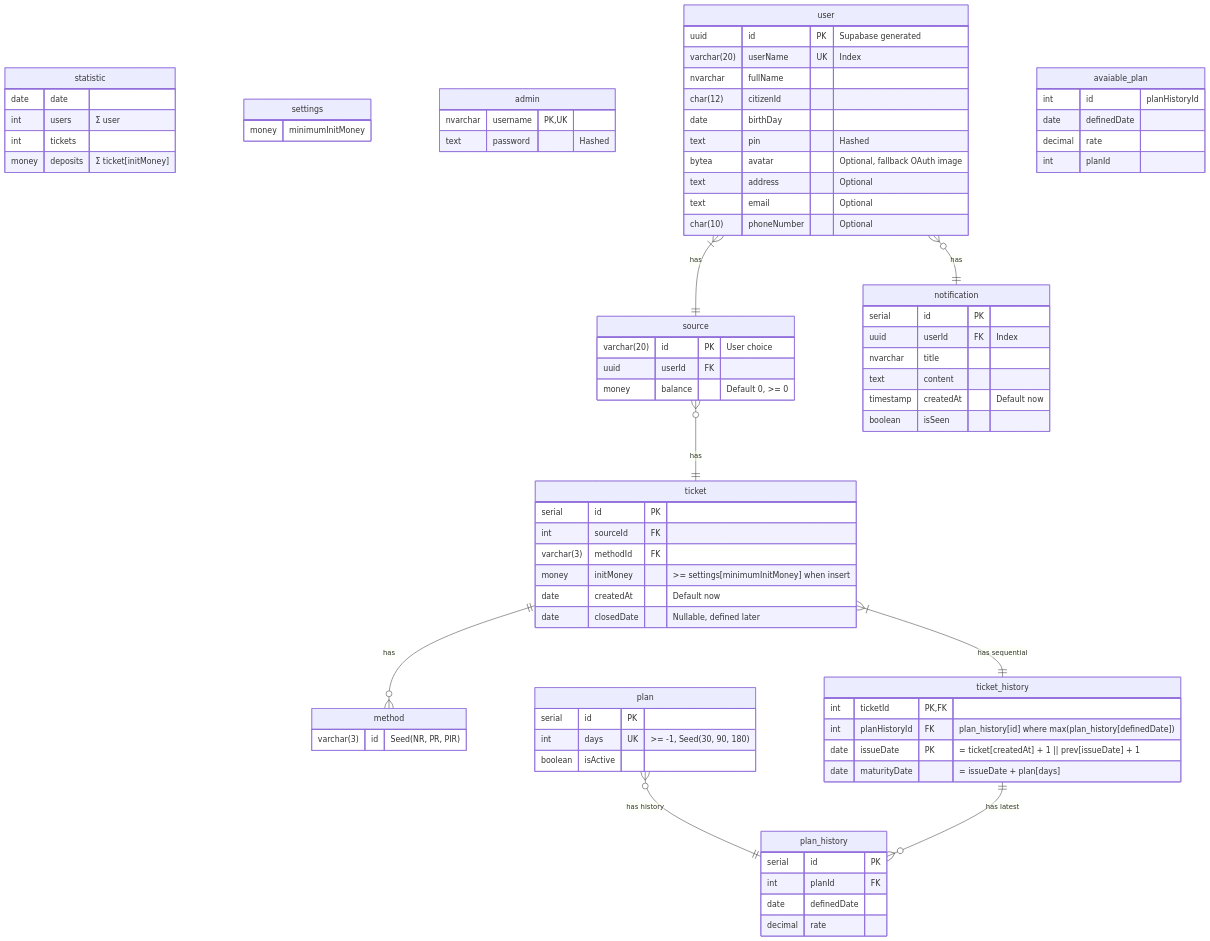
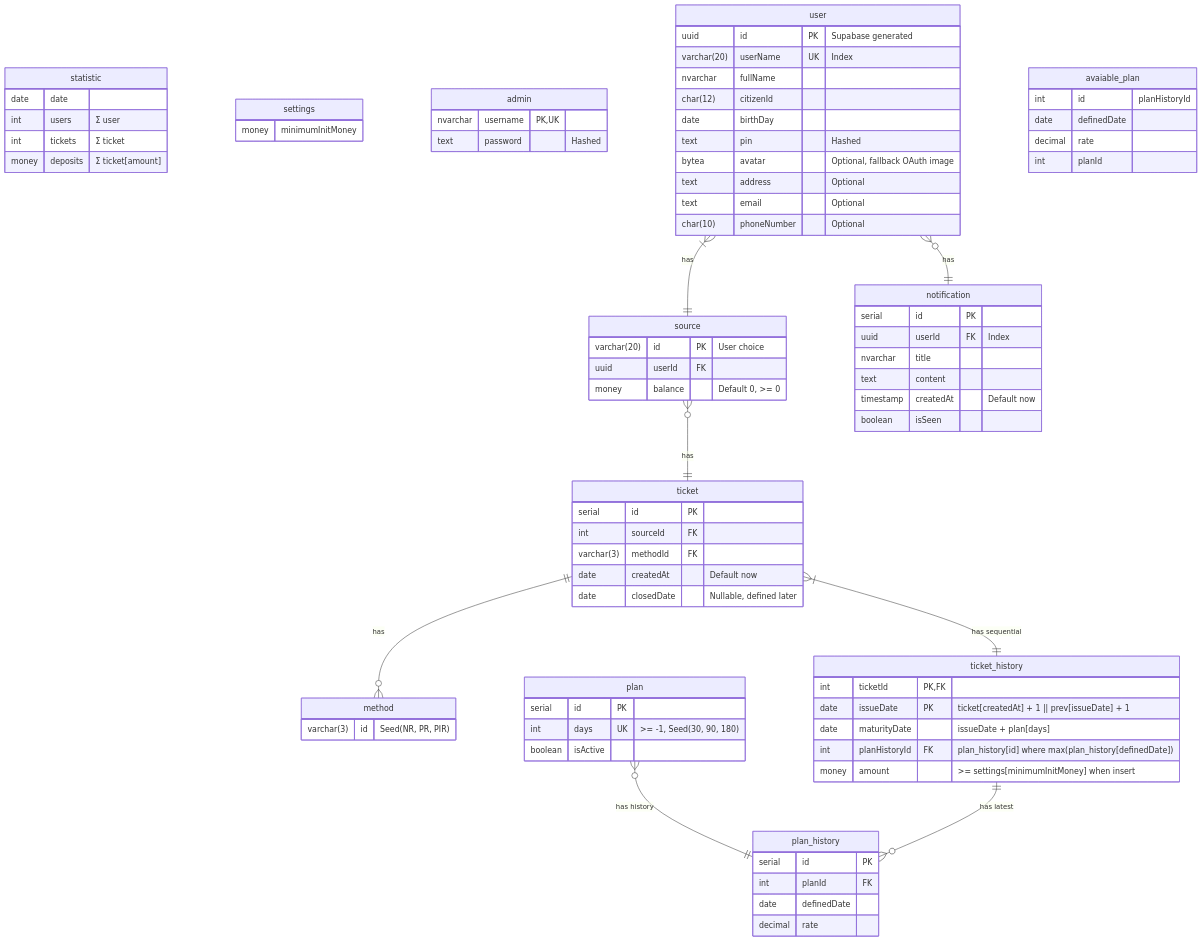
The diagram in docs/diagrams/database.md (coinhub-uit/coinhub-uit.github.io), drawn with Mermaid before and after one commit.

Commit message:
fix(db): change amount of ticket to ticket history

```diff
--- a/docs/diagrams/database.md
+++ b/docs/diagrams/database.md
@@ -9,8 +9,8 @@
   statistic {
     date date
     int users "Σ user"
-    int tickets
-    money deposits "Σ ticket[initMoney]"
+    int tickets "Σ ticket"
+    money deposits "Σ ticket[amount]"
   }
 
   settings {
@@ -56,16 +56,16 @@
     serial id PK
     int sourceId FK
     varchar(3) methodId FK
-    money initMoney ">= settings[minimumInitMoney] when insert"
     date createdAt "Default now"
     date closedDate "Nullable, defined later"
   }
 
   ticket_history {
     int ticketId PK,FK
+    date issueDate PK "ticket[createdAt] + 1 || prev[issueDate] + 1"
+    date maturityDate "issueDate + plan[days]"
     int planHistoryId FK "plan_history[id] where max(plan_history[definedDate])"
-    date issueDate PK "= ticket[createdAt] + 1 || prev[issueDate] + 1"
-    date maturityDate "= issueDate + plan[days]"
+    money amount ">= settings[minimumInitMoney] when insert"
   }
 
   plan {
```
